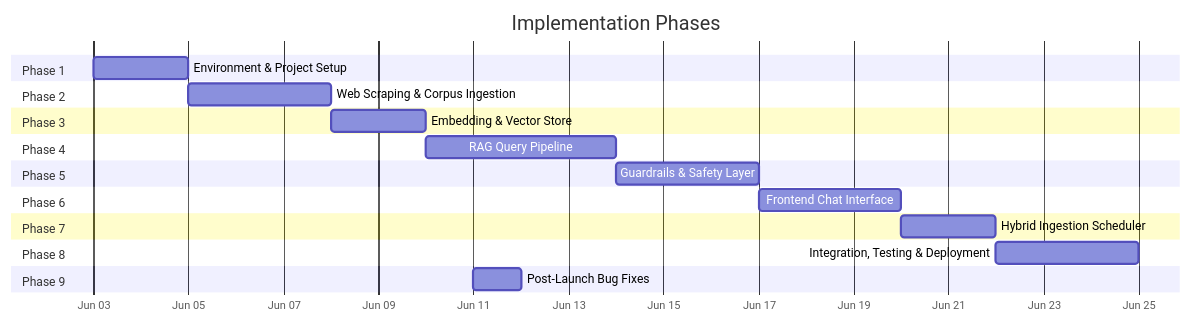
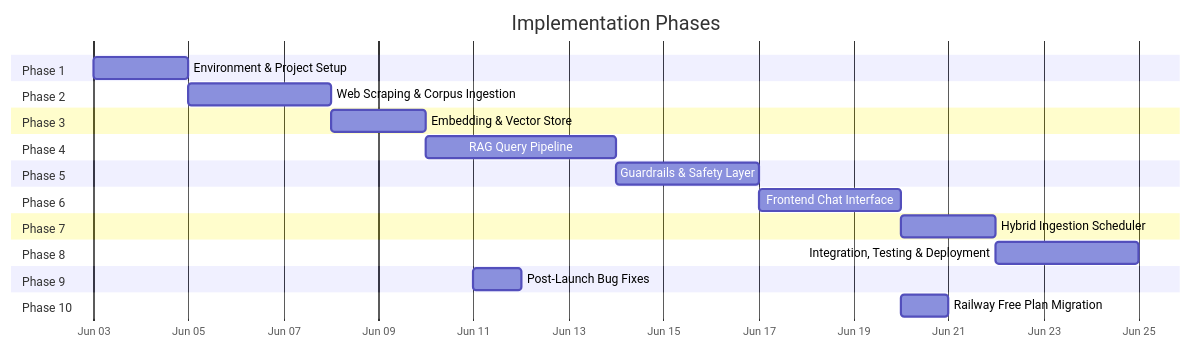
Before and after one commit to yv12/HDFC-Mutual-Fund-FAQ--Groww: the diagram in Docs/implementation-plan.md, drawn with Mermaid. The commit also changed other lines of this file and 12 other files, not shown here.

First line of the commit message:
feat: Railway free-plan deployment setup

````diff
--- a/Docs/implementation-plan.md
+++ b/Docs/implementation-plan.md
@@ -11,33 +14,36 @@
 ```mermaid
 gantt
     title Implementation Phases
     dateFormat  YYYY-MM-DD
     axisFormat  %b %d
 
     section Phase 1
     Environment & Project Setup        :p1, 2026-06-03, 2d
 
     section Phase 2
     Web Scraping & Corpus Ingestion     :p2, after p1, 3d
 
     section Phase 3
     Embedding & Vector Store            :p3, after p2, 2d
 
     section Phase 4
     RAG Query Pipeline                  :p4, after p3, 4d
 
     section Phase 5
     Guardrails & Safety Layer           :p5, after p4, 3d
 
     section Phase 6
     Frontend Chat Interface             :p6, after p5, 3d
 
     section Phase 7
     Hybrid Ingestion Scheduler          :p7, after p6, 2d
 
     section Phase 8
     Integration, Testing & Deployment   :p8, after p7, 3d
 
     section Phase 9
     Post-Launch Bug Fixes               :p9, 2026-06-11, 1d
+
+    section Phase 10
+    Railway Free Plan Migration         :p10, 2026-06-20, 1d
 ```
````
